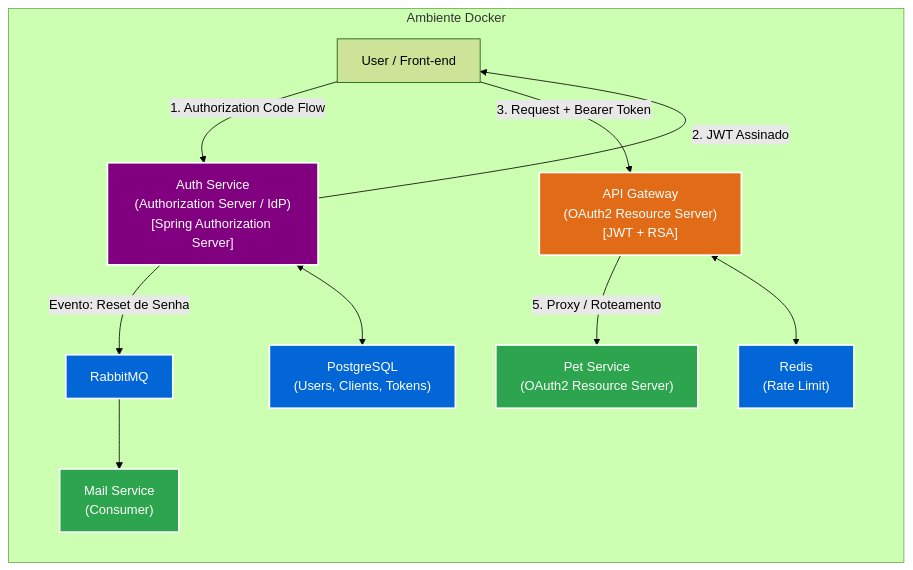
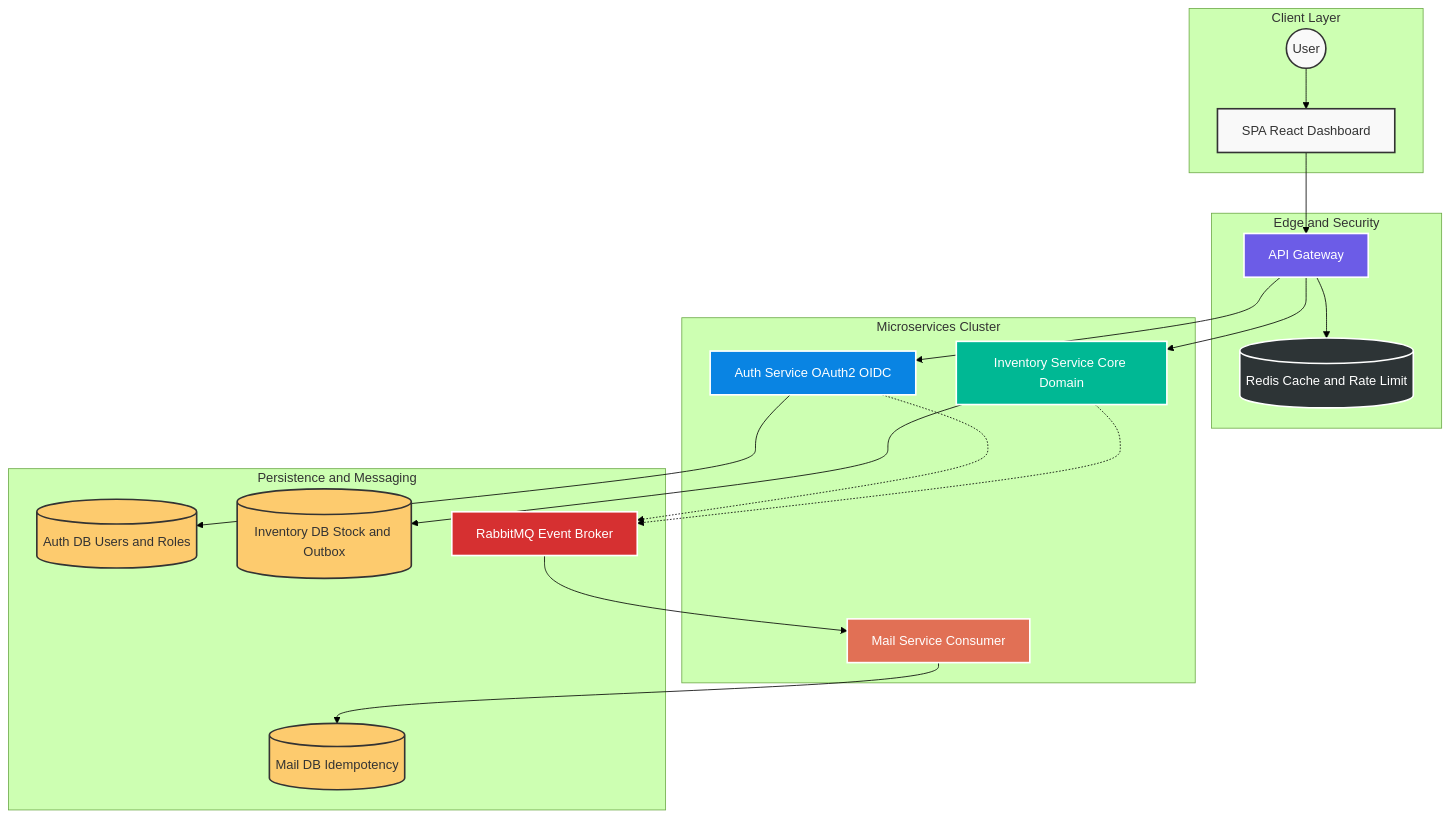
The diagram in README.md (iXDGabrielTK/petshop-microservices), drawn with Mermaid (forest theme) before and after one commit. The commit also changed other lines of this file and 22 other files, not shown here.

First line of the commit message:
feat(architecture): implement event idempotency and schema evolution strategies

````diff
--- a/README.md
+++ b/README.md
@@ -19,40 +19,58 @@
 ```mermaid
-graph LR
-    User["User / Front-end"]
+graph TD
 
-    subgraph Docker["Ambiente Docker"]
-        direction TB
+%% --- Estilos ---
+    classDef client fill:#f9f9f9,stroke:#333,stroke-width:2px,color:#333;
+    classDef gateway fill:#6c5ce7,stroke:#fff,stroke-width:2px,color:#fff;
+    classDef authService fill:#0984e3,stroke:#fff,stroke-width:2px,color:#fff;
+    classDef coreService fill:#00b894,stroke:#fff,stroke-width:2px,color:#fff;
+    classDef consumerService fill:#e17055,stroke:#fff,stroke-width:2px,color:#fff;
+    classDef infra fill:#2d3436,stroke:#fff,stroke-width:2px,color:#fff;
+    classDef database fill:#fdcb6e,stroke:#333,stroke-width:2px,color:#333;
+    classDef broker fill:#d63031,stroke:#fff,stroke-width:2px,color:#fff;
 
-        Auth["Auth Service<br>(Authorization Server / IdP)<br>[Spring Authorization Server]"]
-        Gateway["API Gateway<br>(OAuth2 Resource Server)<br>[JWT + RSA]"]
-        Pet["Pet Service<br>(OAuth2 Resource Server)"]
-        Mail["Mail Service<br>(Consumer)"]
-
-        AuthDB["PostgreSQL<br>(Users, Clients, Tokens)"]
-        Redis["Redis<br>(Rate Limit)"]
-        Rabbit["RabbitMQ"]
-
-        User -- "1. Authorization Code Flow" --> Auth
-        Auth -- "2. JWT Assinado" --> User
-
-        User -- "3. Request + Bearer Token" --> Gateway
-        Gateway -- "5. Proxy / Roteamento" --> Pet
-
-        Auth -- "Evento: Reset de Senha" --> Rabbit
-        Rabbit --> Mail
-
-        Auth <--> AuthDB
-        Gateway <--> Redis
+%% --- Client Layer ---
+    subgraph ClientLayer [Client Layer]
+        User((User)):::client
+        Browser[SPA React Dashboard]:::client
     end
 
-    classDef gateway fill:#e16b16,stroke:#fff,stroke-width:2px,color:white
-    classDef auth fill:#800080,stroke:#fff,stroke-width:2px,color:white
-    classDef service fill:#2da44e,stroke:#fff,stroke-width:2px,color:white
-    classDef infra fill:#0366d6,stroke:#fff,stroke-width:2px,color:white
+%% --- Edge Layer ---
+    subgraph EdgeLayer [Edge and Security]
+        Gateway[API Gateway]:::gateway
+        Redis[(Redis Cache and Rate Limit)]:::infra
+    end
 
-    class Gateway gateway
-    class Auth auth
-    class Pet,Mail service
-    class AuthDB,Redis,Rabbit infra
+%% --- Services ---
+    subgraph ServiceLayer [Microservices Cluster]
+        Auth[Auth Service OAuth2 OIDC]:::authService
+        Inv[Inventory Service Core Domain]:::coreService
+        Mail[Mail Service Consumer]:::consumerService
+    end
+
+%% --- Data and Events ---
+    subgraph DataLayer [Persistence and Messaging]
+        AuthDB[(Auth DB Users and Roles)]:::database
+        InvDB[(Inventory DB Stock and Outbox)]:::database
+        MailDB[(Mail DB Idempotency)]:::database
+        Rabbit[RabbitMQ Event Broker]:::broker
+    end
+
+%% --- Flows ---
+    User --> Browser
+    Browser --> Gateway
+    Gateway --> Redis
+
+    Gateway --> Auth
+    Gateway --> Inv
+
+    Auth --> AuthDB
+    Inv --> InvDB
+    Mail --> MailDB
+
+    Auth -.-> Rabbit
+    Inv -.-> Rabbit
+
+    Rabbit --> Mail
 
 ```
````
